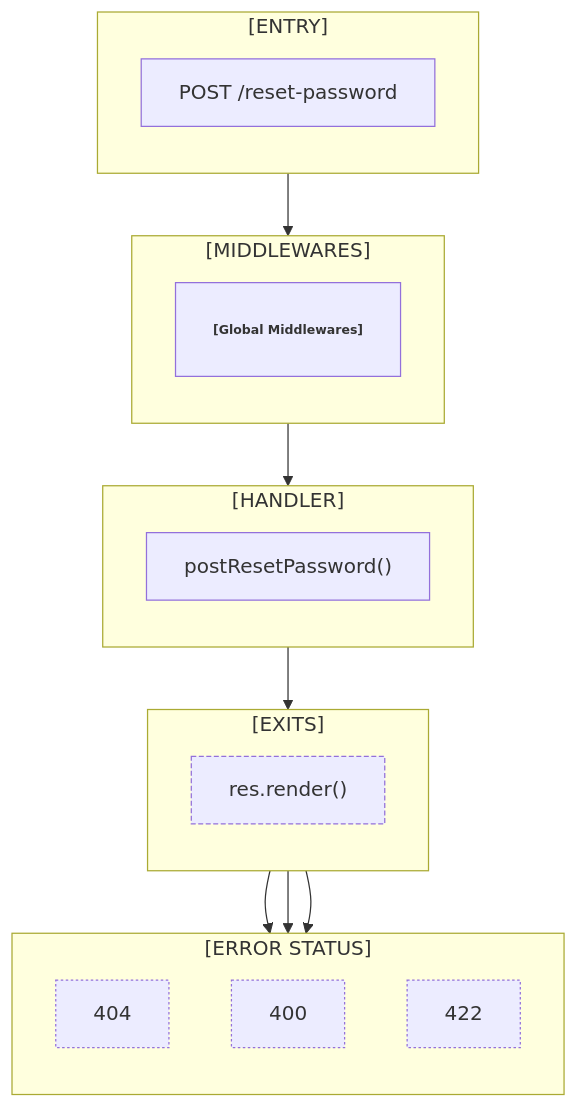
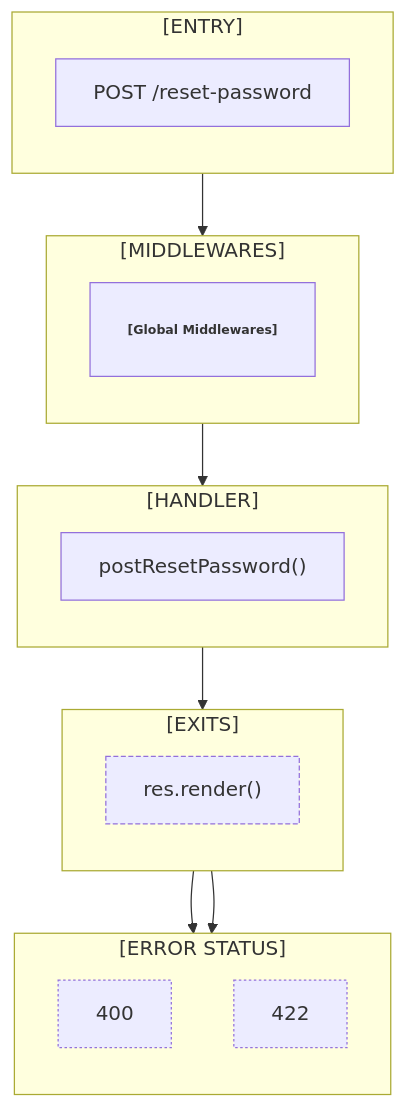
Before and after one commit to irondenker/my-code-my-kill: the diagram in docs/flowmap/flows/POST__reset_password.mmd, drawn with Mermaid. The commit also changed 11 other files, not shown here.

```diff
--- a/docs/flowmap/flows/POST__reset_password.mmd
+++ b/docs/flowmap/flows/POST__reset_password.mmd
@@ -1,36 +1,34 @@
 flowchart TD
 subgraph ENTRY_BLOCK["[ENTRY]"]
 direction TB
 ENTRY["POST /reset-password"]
 end
 subgraph MIDDLEWARES["[MIDDLEWARES]"]
 direction TB
 MIDDLEWARE1["<b>[Global Middlewares]</b>"]
 end
 ENTRY --> MIDDLEWARE1
 subgraph HANDLER_BLOCK["[HANDLER]"]
 direction TB
 HANDLER["postResetPassword()"]
 end
 MIDDLEWARE1 --> HANDLER
 subgraph ERROR_STATUS["[ERROR STATUS]"]
 direction TB
-RDIAG1["404"]
-RDIAG2["400"]
-RDIAG3["422"]
+RDIAG1["400"]
+RDIAG2["422"]
 end
 subgraph EXITS["[EXITS]"]
 direction TB
 EXIT1["res.render()"]
 end
 HANDLER --> EXIT1
 EXIT1 --> RDIAG1
 EXIT1 --> RDIAG2
-EXIT1 --> RDIAG3
 classDef middleware font-size:10px,padding:2px,stroke-width:1;
 classDef diagnostics stroke-dasharray: 2 2;
 classDef sink stroke-width:2;
 classDef exit stroke-dasharray: 4 2;
 class MIDDLEWARE1 middleware;
-class RDIAG1,RDIAG2,RDIAG3 diagnostics;
+class RDIAG1,RDIAG2 diagnostics;
 class EXIT1 exit;
```
